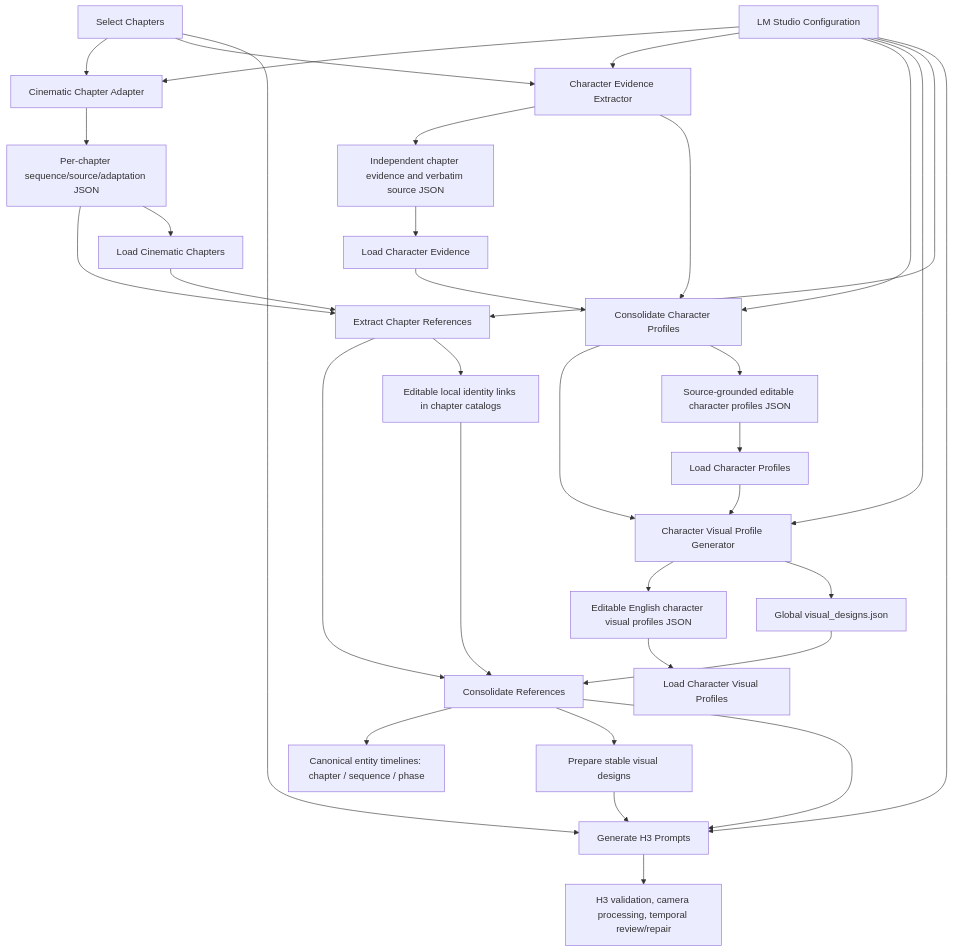
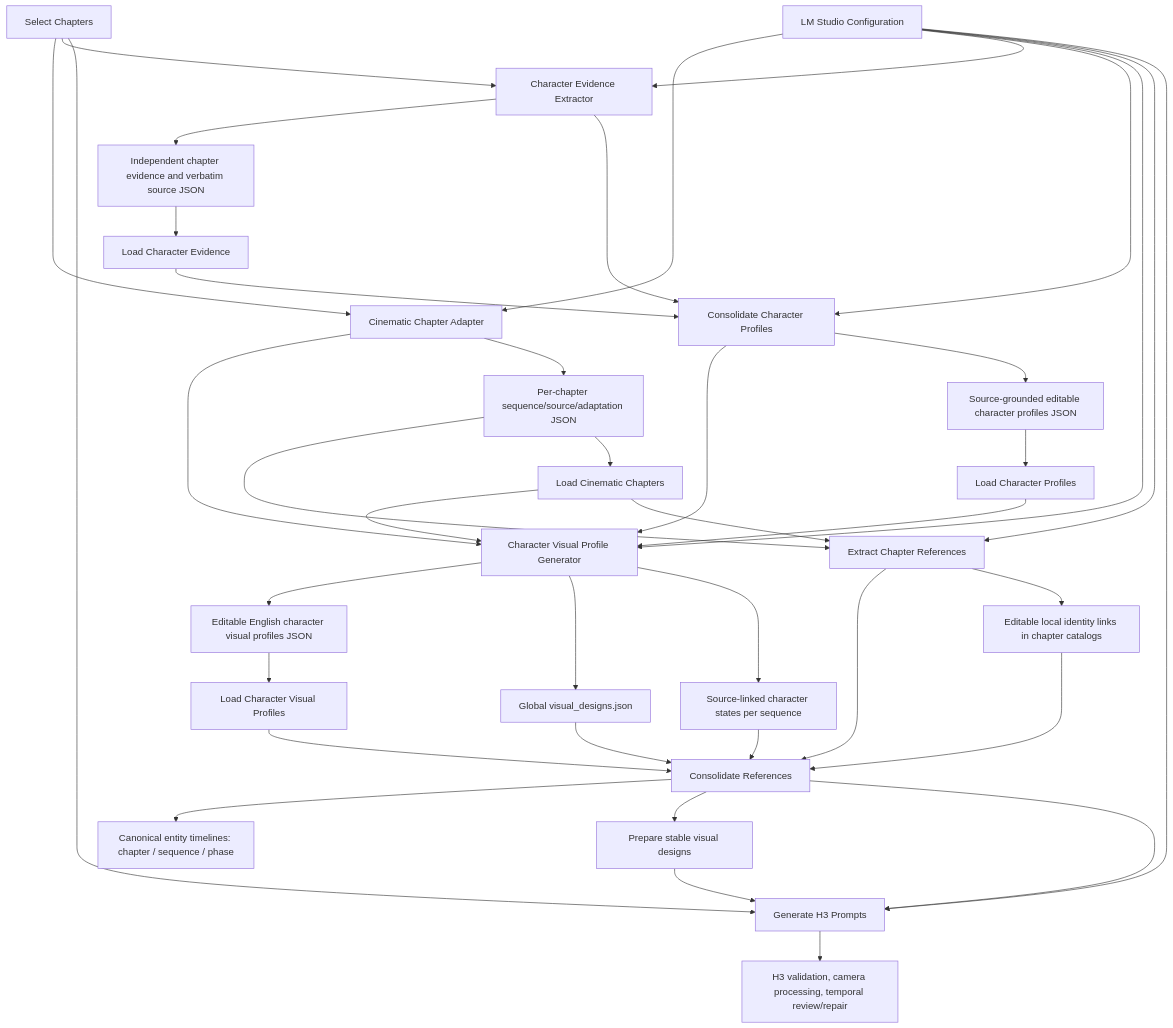
One commit to yuyuki/ComfyUI-Minimax_H3_Novel_Pipeline changed the first of 2 diagrams in docs/architecture.md. Above: the diagram before and after it, drawn with Mermaid. The commit also changed other lines of this file and 23 other files, not shown here.

First line of the commit message:
feat: Add character visual integration and selection modules

````diff
--- a/docs/architecture.md
+++ b/docs/architecture.md
@@ -10,36 +10,41 @@
 ```mermaid
 flowchart TD
     selector["Select Chapters"] --> adapter["Cinematic Chapter Adapter"]
     config --> adapter
     selector --> evidence["Character Evidence Extractor"]
     config --> evidence
     evidence --> evidence_json["Independent chapter evidence and verbatim source JSON"]
     evidence_json --> evidence_loader["Load Character Evidence"]
     evidence --> profiles["Consolidate Character Profiles"]
     evidence_loader --> profiles
     config --> profiles
     profiles --> visual_profiles["Character Visual Profile Generator"]
     config --> visual_profiles
+    adapter --> visual_profiles
+    loader --> visual_profiles
     visual_profiles --> visual_json["Editable English character visual profiles JSON"]
     visual_profiles --> global_designs["Global visual_designs.json"]
     global_designs --> consolidate
+    visual_profiles --> local_enrichment["Source-linked character states per sequence"]
+    local_enrichment --> consolidate
     visual_json --> visual_loader["Load Character Visual Profiles"]
+    visual_loader --> consolidate
     profiles --> profiles_json["Source-grounded editable character profiles JSON"]
     profiles_json --> profiles_loader["Load Character Profiles"]
     profiles_loader --> visual_profiles
     adapter --> adapted["Per-chapter sequence/source/adaptation JSON"]
     adapted --> extract
     adapted --> loader["Load Cinematic Chapters"]
     loader --> extract
     config["LM Studio Configuration"] --> extract["Extract Chapter References"]
     extract --> consolidate["Consolidate References"]
     consolidate --> timeline["Canonical entity timelines: chapter / sequence / phase"]
     extract --> local["Editable local identity links in chapter catalogs"]
     local --> consolidate
     consolidate --> designs["Prepare stable visual designs"]
     designs --> generate["Generate H3 Prompts"]
     consolidate --> generate
     selector --> generate
     config --> generate
     generate --> review["H3 validation, camera processing, temporal review/repair"]
 ```
````
